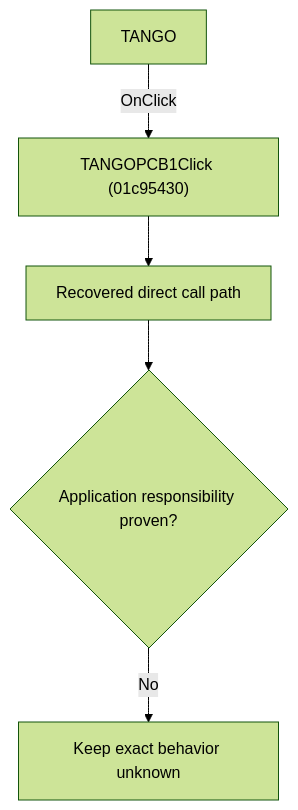
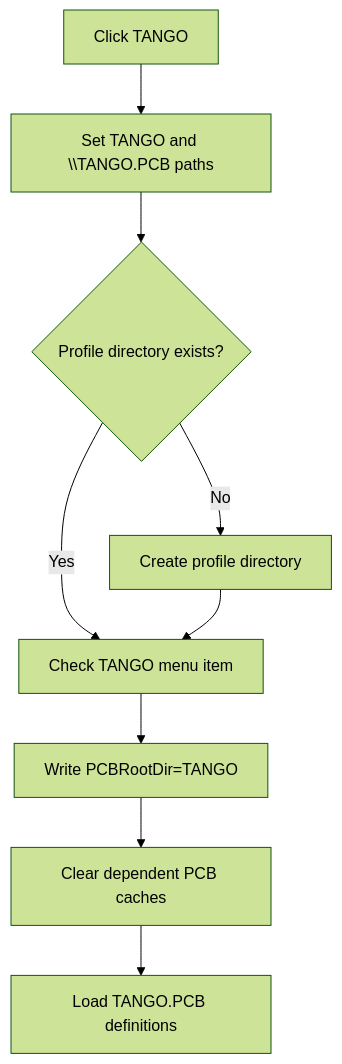
The diagram in docs/ui-controls/schematiceditor/tangopcb1-1aea5ce568.md (MovGP0/TIARA), drawn with Mermaid (forest theme) before and after one commit. The commit also changed other lines of this file and 241 other files, not shown here.

````diff
--- a/docs/ui-controls/schematiceditor/tangopcb1-1aea5ce568.md
+++ b/docs/ui-controls/schematiceditor/tangopcb1-1aea5ce568.md
@@ -27,7 +27,11 @@
 ```mermaid
 flowchart TD
-    control["TANGO"] -->|"OnClick"| handler["TANGOPCB1Click (01c95430)"]
-    handler --> recovered["Recovered direct call path"]
-    recovered --> gap{"Application responsibility proven?"}
-    gap -->|"No"| blocked["Keep exact behavior unknown"]
+    control["Click TANGO"] --> profile["Set TANGO and \\TANGO.PCB paths"]
+    profile --> exists{"Profile directory exists?"}
+    exists -->|"No"| create["Create profile directory"]
+    exists -->|"Yes"| check["Check TANGO menu item"]
+    create --> check
+    check --> persist["Write PCBRootDir=TANGO"]
+    persist --> reset["Clear dependent PCB caches"]
+    reset --> load["Load TANGO.PCB definitions"]
 ```
````
